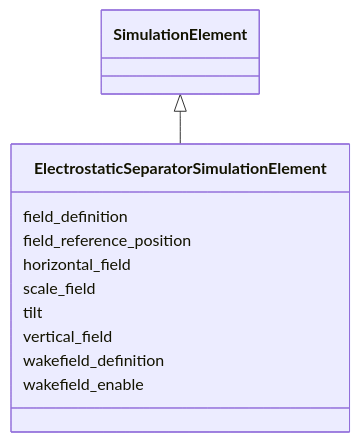
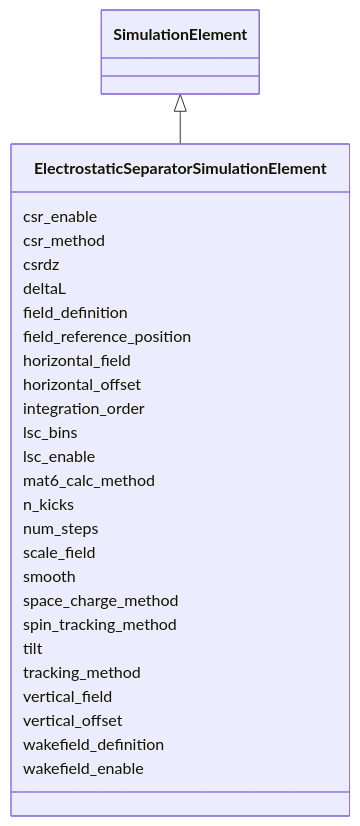
One commit to astec-stfc/laura changed the diagram in docs/source/schema/ElectrostaticSeparatorSimulationElement.md. Above: the diagram before and after it, drawn with Mermaid. The commit also changed other lines of this file and 63 other files, not shown here.

Commit message:
updatedn schema to consolidate SimulationElement parameters that were shared among subclasses; implemented tracking methods for bmad

````diff
--- a/docs/source/schema/ElectrostaticSeparatorSimulationElement.md
+++ b/docs/source/schema/ElectrostaticSeparatorSimulationElement.md
@@ -18,25 +18,57 @@
 ```mermaid
  classDiagram
     class ElectrostaticSeparatorSimulationElement
     click ElectrostaticSeparatorSimulationElement href "../ElectrostaticSeparatorSimulationElement/"
       SimulationElement <|-- ElectrostaticSeparatorSimulationElement
         click SimulationElement href "../SimulationElement/"
-      
+
+      ElectrostaticSeparatorSimulationElement : csr_enable
+
+      ElectrostaticSeparatorSimulationElement : csr_method
+
+      ElectrostaticSeparatorSimulationElement : csrdz
+
+      ElectrostaticSeparatorSimulationElement : deltaL
+
       ElectrostaticSeparatorSimulationElement : field_definition
-        
+
       ElectrostaticSeparatorSimulationElement : field_reference_position
-        
+
       ElectrostaticSeparatorSimulationElement : horizontal_field
-        
+
+      ElectrostaticSeparatorSimulationElement : horizontal_offset
+
+      ElectrostaticSeparatorSimulationElement : integration_order
+
+      ElectrostaticSeparatorSimulationElement : lsc_bins
+
+      ElectrostaticSeparatorSimulationElement : lsc_enable
+
+      ElectrostaticSeparatorSimulationElement : mat6_calc_method
+
+      ElectrostaticSeparatorSimulationElement : n_kicks
+
+      ElectrostaticSeparatorSimulationElement : num_steps
+
       ElectrostaticSeparatorSimulationElement : scale_field
-        
+
+      ElectrostaticSeparatorSimulationElement : smooth
+
+      ElectrostaticSeparatorSimulationElement : space_charge_method
+
+      ElectrostaticSeparatorSimulationElement : spin_tracking_method
+
       ElectrostaticSeparatorSimulationElement : tilt
-        
+
+      ElectrostaticSeparatorSimulationElement : tracking_method
+
       ElectrostaticSeparatorSimulationElement : vertical_field
-        
+
+      ElectrostaticSeparatorSimulationElement : vertical_offset
+
       ElectrostaticSeparatorSimulationElement : wakefield_definition
-        
+
       ElectrostaticSeparatorSimulationElement : wakefield_enable
-        
-      
+
+
 ```
````
